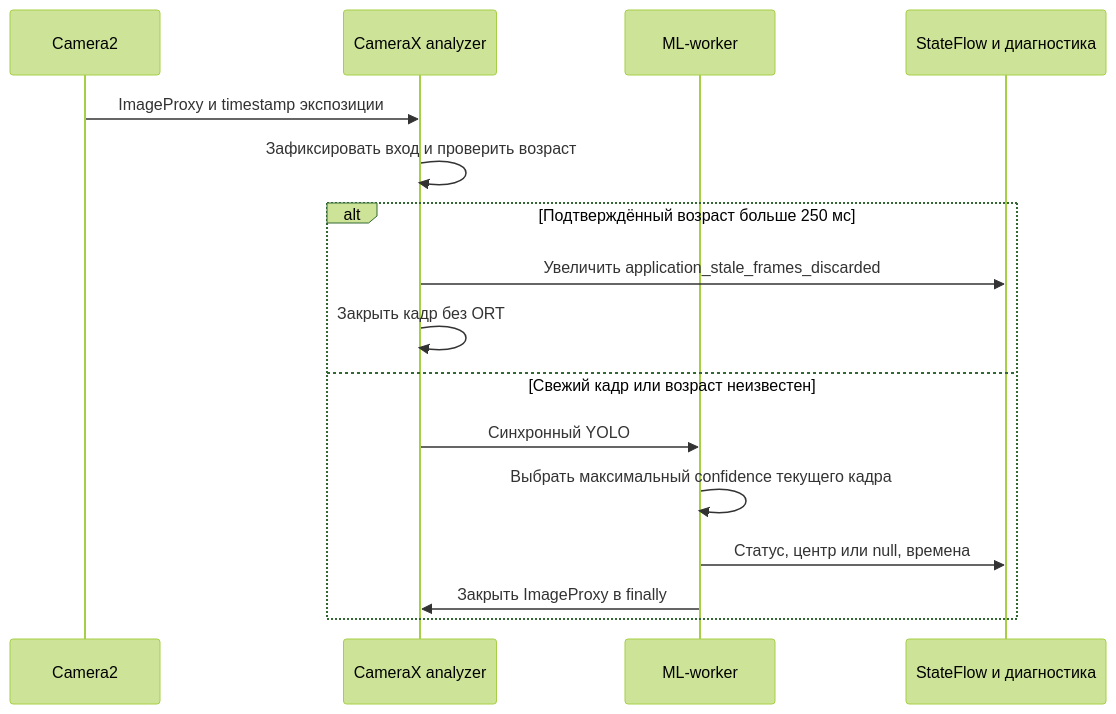
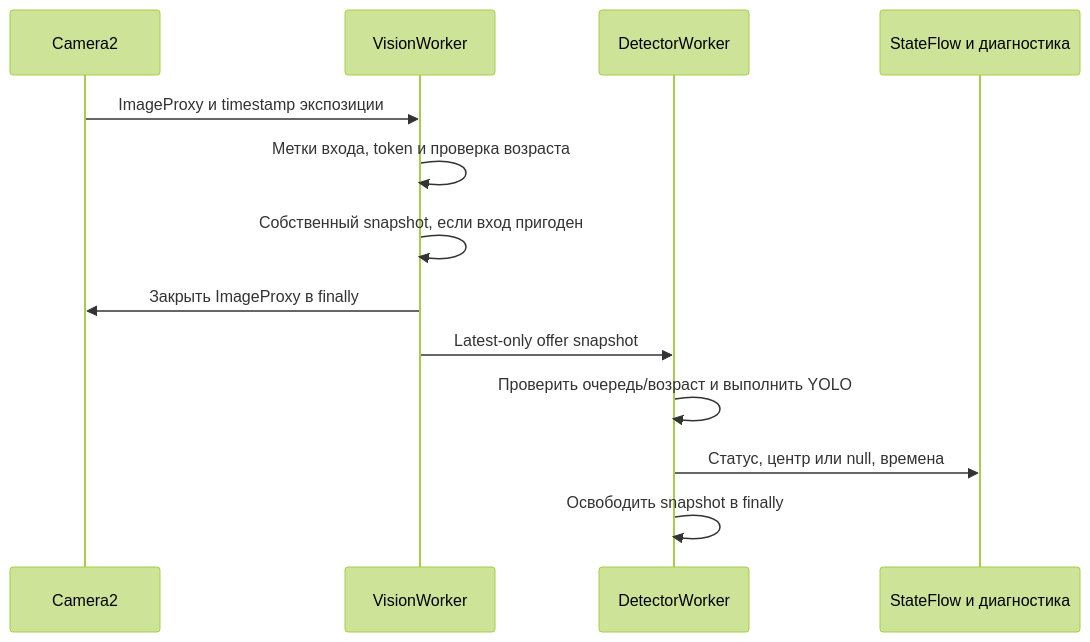
The diagram in docs/guides/latency-and-prediction.md (Kr1st10/drone-cv-android-prototype), drawn with Mermaid (forest theme) before and after one commit. The commit also changed other lines of this file and 35 other files, not shown here.

````diff
--- a/docs/guides/latency-and-prediction.md
+++ b/docs/guides/latency-and-prediction.md
@@ -31,18 +31,15 @@
 ```mermaid
 sequenceDiagram
     participant C as Camera2
-    participant A as CameraX analyzer
-    participant W as ML-worker
+    participant A as VisionWorker
+    participant W as DetectorWorker
     participant S as StateFlow и диагностика
     C->>A: ImageProxy и timestamp экспозиции
-    A->>A: Зафиксировать вход и проверить возраст
-    alt Подтверждённый возраст больше 250 мс
-        A->>S: Увеличить application_stale_frames_discarded
-        A->>A: Закрыть кадр без ORT
-    else Свежий кадр или возраст неизвестен
-        A->>W: Синхронный YOLO
-        W->>W: Выбрать максимальный confidence текущего кадра
-        W->>S: Статус, центр или null, времена
-        W->>A: Закрыть ImageProxy в finally
-    end
+    A->>A: Метки входа, token и проверка возраста
+    A->>A: Собственный snapshot, если вход пригоден
+    A->>C: Закрыть ImageProxy в finally
+    A->>W: Latest-only offer snapshot
+    W->>W: Проверить очередь/возраст и выполнить YOLO
+    W->>S: Статус, центр или null, времена
+    W->>W: Освободить snapshot в finally
 ```
````
